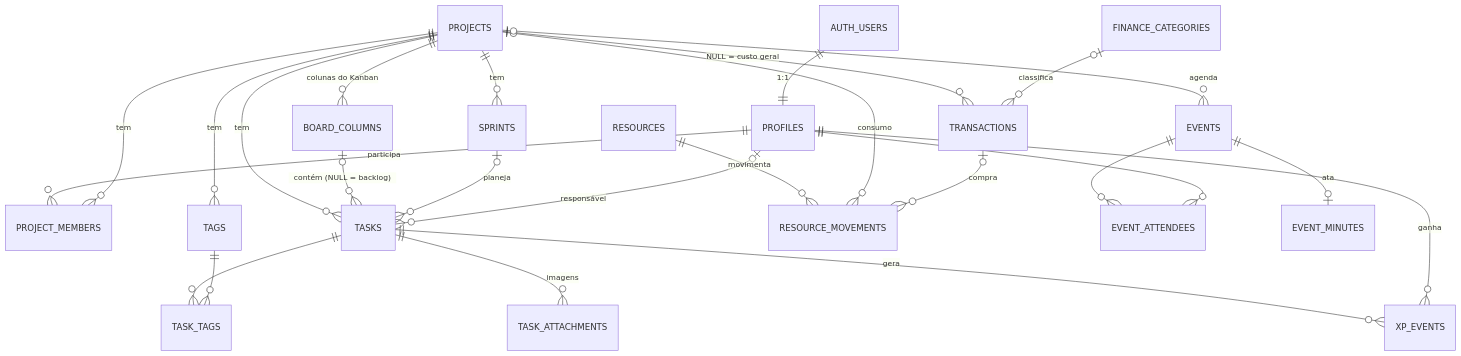
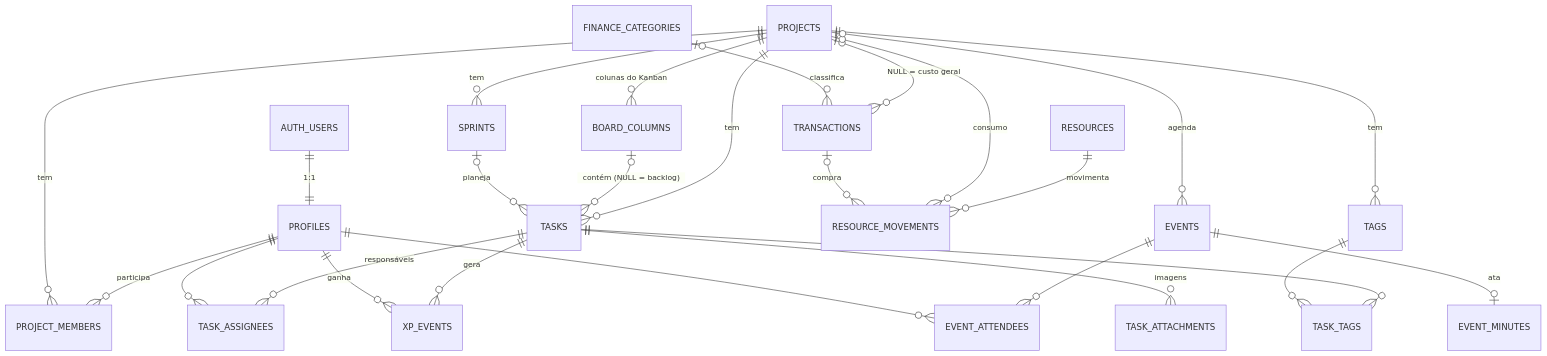
The second of 4 diagrams in docs/ARQUITETURA.md (MBY-Made-By-You/Gestao), drawn with Mermaid before and after one commit. The commit also changed other lines of this file and 22 other files, not shown here.

````diff
--- a/docs/ARQUITETURA.md
+++ b/docs/ARQUITETURA.md
@@ -63,27 +64,28 @@
 ```mermaid
 erDiagram
   AUTH_USERS ||--|| PROFILES : "1:1"
   PROFILES ||--o{ PROJECT_MEMBERS : participa
   PROJECTS ||--o{ PROJECT_MEMBERS : tem
   PROJECTS ||--o{ BOARD_COLUMNS : "colunas do Kanban"
   PROJECTS ||--o{ SPRINTS : tem
   PROJECTS ||--o{ TASKS : tem
   PROJECTS ||--o{ TAGS : tem
   BOARD_COLUMNS |o--o{ TASKS : "contém (NULL = backlog)"
   SPRINTS |o--o{ TASKS : planeja
-  PROFILES |o--o{ TASKS : "responsável"
+  TASKS ||--o{ TASK_ASSIGNEES : "responsáveis"
+  PROFILES ||--o{ TASK_ASSIGNEES : ""
   TASKS ||--o{ TASK_TAGS : ""
   TAGS ||--o{ TASK_TAGS : ""
   TASKS ||--o{ TASK_ATTACHMENTS : "imagens"
   TASKS ||--o{ XP_EVENTS : gera
   PROFILES ||--o{ XP_EVENTS : ganha
   PROJECTS |o--o{ TRANSACTIONS : "NULL = custo geral"
   FINANCE_CATEGORIES |o--o{ TRANSACTIONS : classifica
   RESOURCES ||--o{ RESOURCE_MOVEMENTS : movimenta
   PROJECTS |o--o{ RESOURCE_MOVEMENTS : "consumo"
   TRANSACTIONS |o--o{ RESOURCE_MOVEMENTS : "compra"
   PROJECTS |o--o{ EVENTS : agenda
   EVENTS ||--o{ EVENT_ATTENDEES : ""
   PROFILES ||--o{ EVENT_ATTENDEES : ""
   EVENTS ||--o| EVENT_MINUTES : ata
 ```
````
